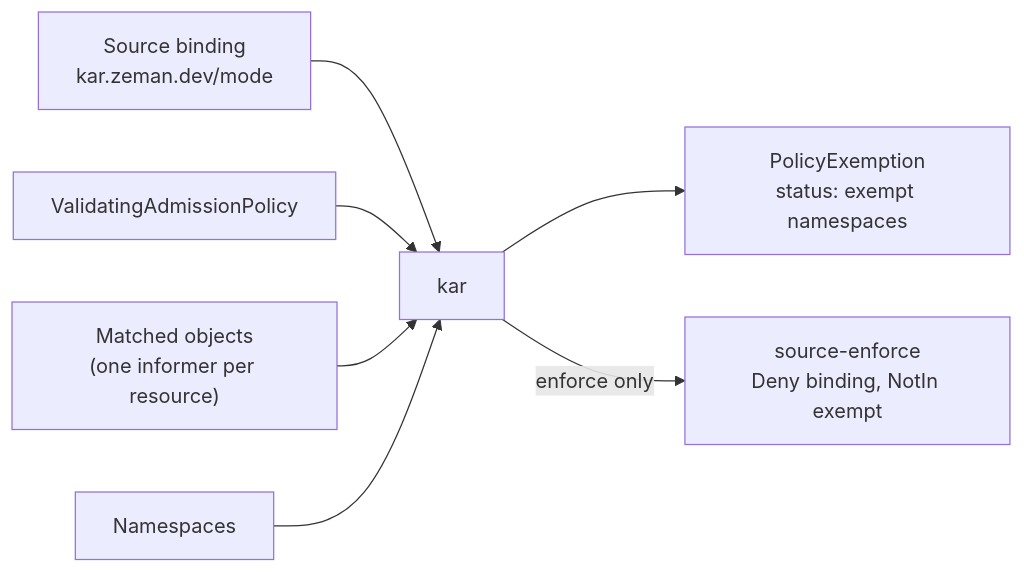
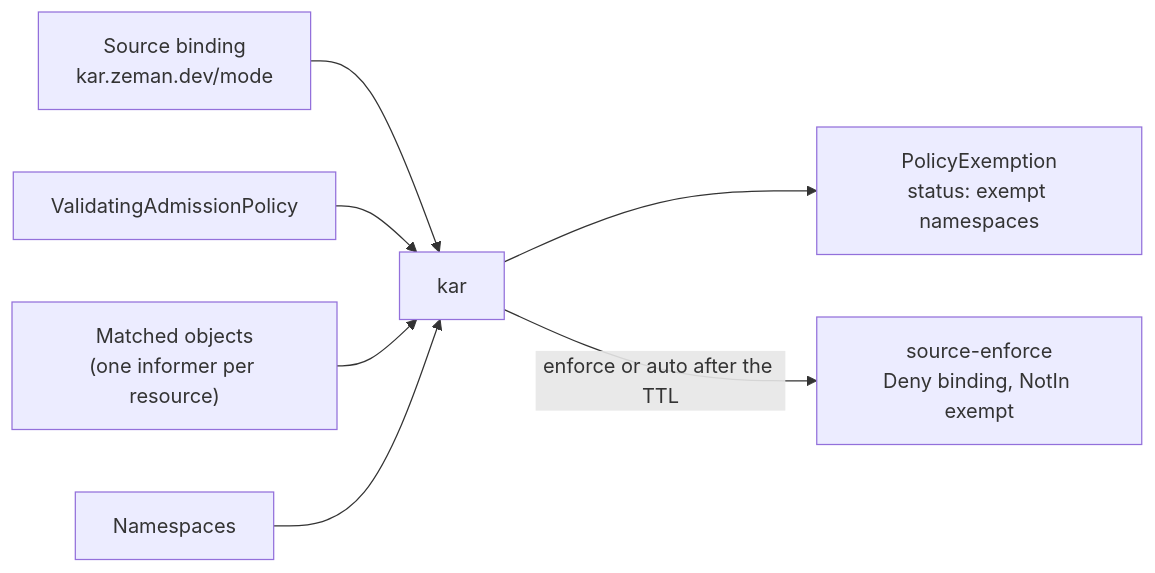
Before and after one commit to zemanlx/kar: the diagram in README.md, drawn with Mermaid. The commit also changed other lines of this file and 8 other files, not shown here.

Commit message:
feat: add auto mode that enforces after one TTL of observation

````diff
--- a/README.md
+++ b/README.md
@@ -126,9 +144,9 @@
 ```mermaid
 flowchart LR
   src["Source binding<br/>kar.zeman.dev/mode"] --> kar
   pol[ValidatingAdmissionPolicy] --> kar
   objs["Matched objects<br/>(one informer per resource)"] --> kar
   ns[Namespaces] --> kar
   kar --> pe["PolicyExemption<br/>status: exempt namespaces"]
-  kar -->|enforce only| der["source-enforce<br/>Deny binding, NotIn exempt"]
+  kar -->|enforce or auto after the TTL| der["source-enforce<br/>Deny binding, NotIn exempt"]
 ```
````
